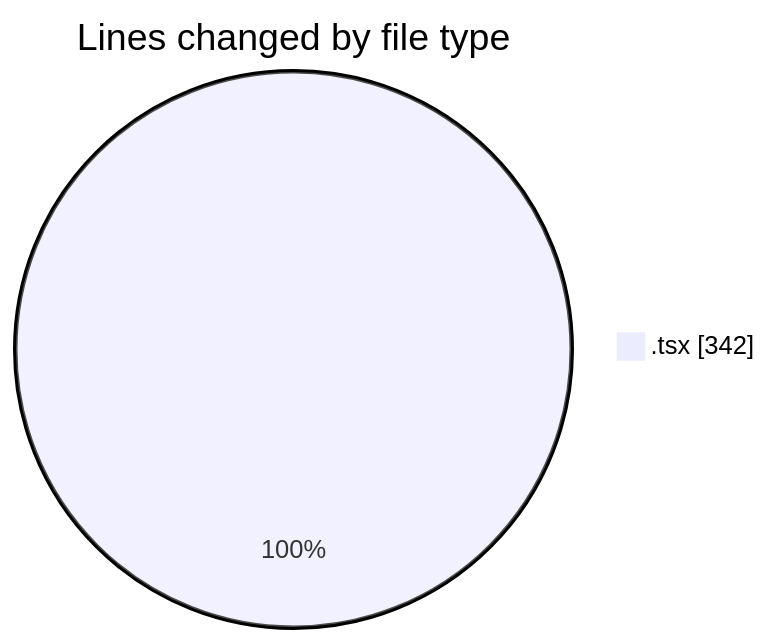
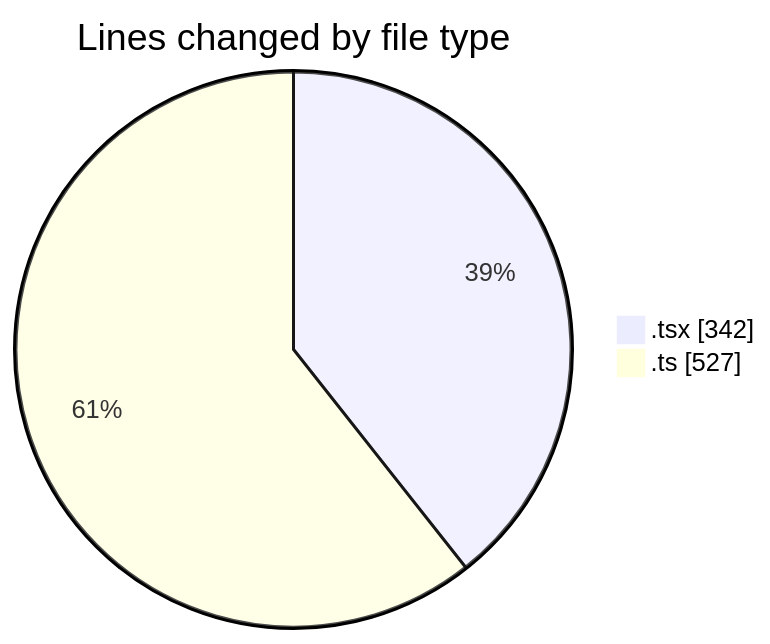
The first of 2 diagrams in 2026-05-12/nxtqube_webapp/README.md (nxtqubesakshisongat/code-tracking), drawn with Mermaid before and after one commit. The commit also changed other lines of this file and 1 other file, not shown here.

````diff
--- a/2026-05-12/nxtqube_webapp/README.md
+++ b/2026-05-12/nxtqube_webapp/README.md
@@ -20,5 +21,6 @@
 ```mermaid
 pie showData
 title Lines changed by file type
 ".tsx" : 342
+".ts" : 527
 ```
````
